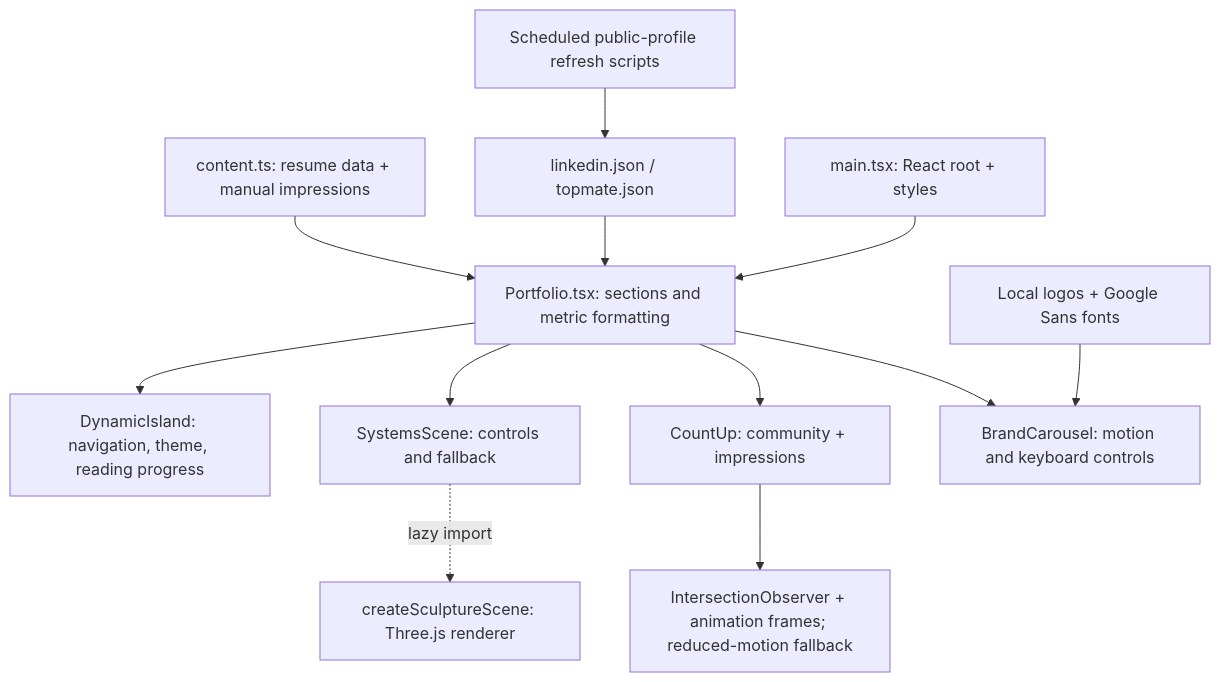
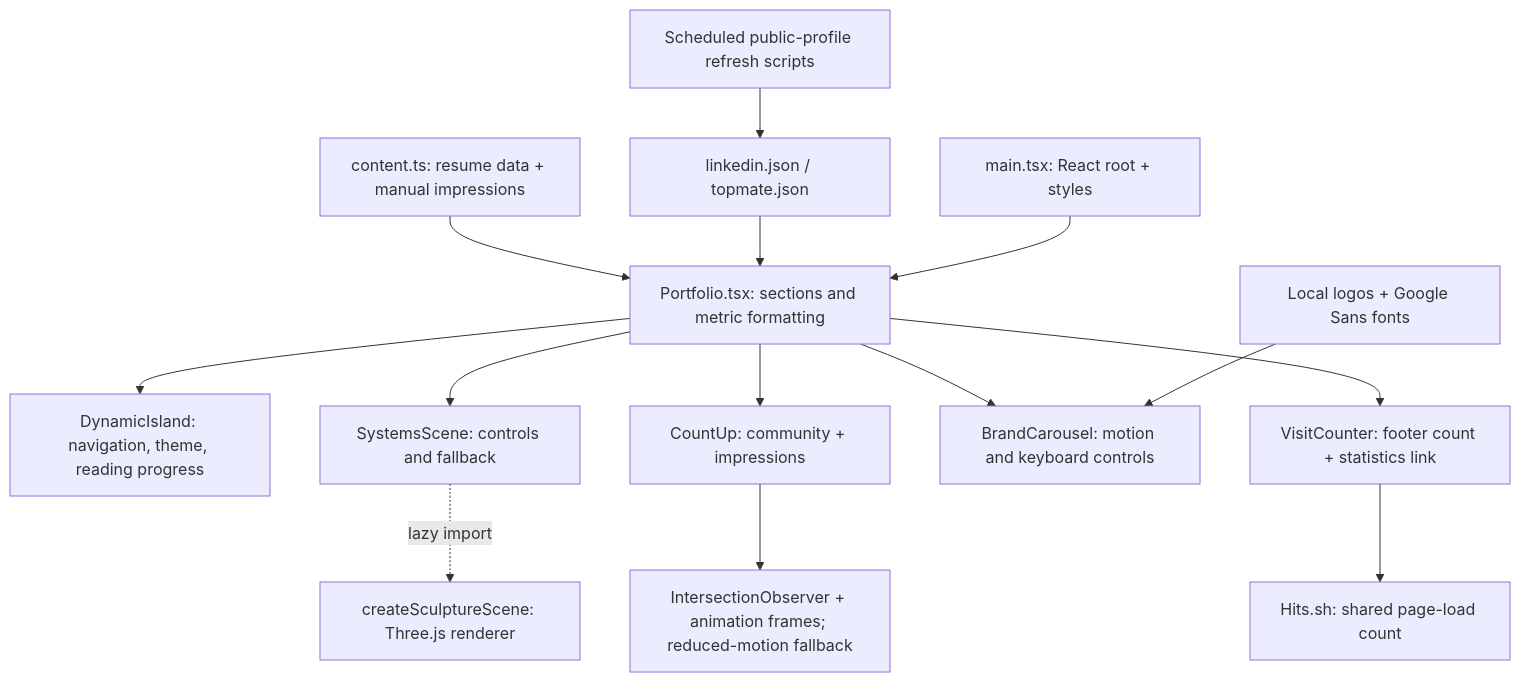
Before and after one commit to adityajamwal02/3D-resume: the diagram in README.md, drawn with Mermaid. The commit also changed other lines of this file and 6 other files, not shown here.

First line of the commit message:
Add a shared profile-view counter to the responsive footer

````diff
--- a/README.md
+++ b/README.md
@@ -24,14 +24,16 @@
 ```mermaid
 flowchart TD
     Refresh["Scheduled public-profile refresh scripts"] --> Snapshots["linkedin.json / topmate.json"]
     Content["content.ts: resume data + manual impressions"] --> Portfolio["Portfolio.tsx: sections and metric formatting"]
     Snapshots --> Portfolio
     Main["main.tsx: React root + styles"] --> Portfolio
     Portfolio --> Island["DynamicIsland: navigation, theme, reading progress"]
     Portfolio --> Scene["SystemsScene: controls and fallback"]
     Scene -. "lazy import" .-> Renderer["createSculptureScene: Three.js renderer"]
     Portfolio --> Metrics["CountUp: community + impressions"]
     Metrics --> Motion["IntersectionObserver + animation frames; reduced-motion fallback"]
     Portfolio --> Brands["BrandCarousel: motion and keyboard controls"]
     Assets["Local logos + Google Sans fonts"] --> Brands
+    Portfolio --> Visits["VisitCounter: footer count + statistics link"]
+    Visits --> Hits["Hits.sh: shared page-load count"]
 ```
````
